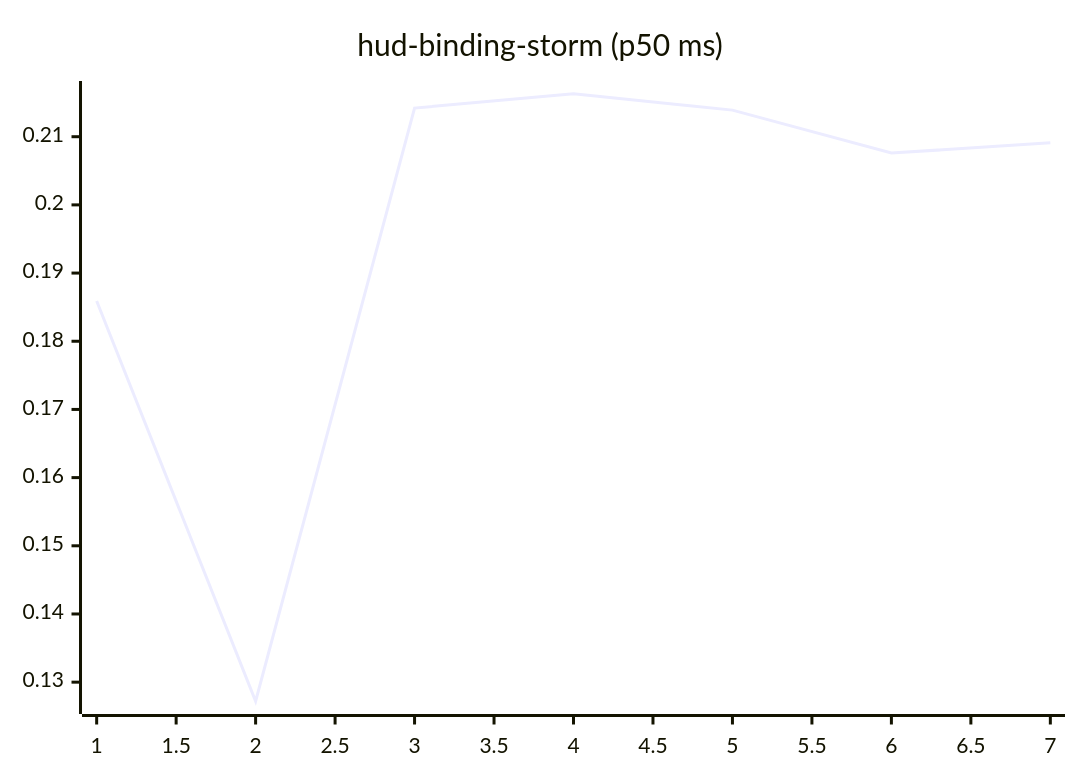
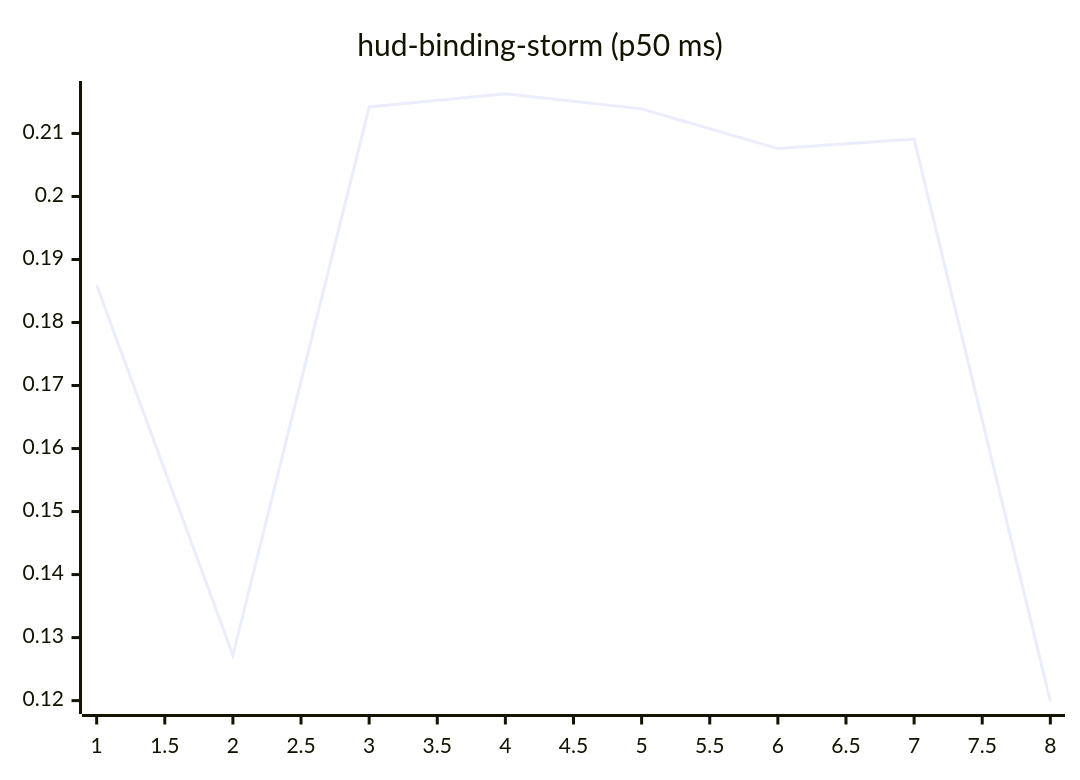
One commit to josha/Facet changed the tenth of 27 diagrams in README.md. Above: the diagram before and after it, drawn with Mermaid. The commit also changed other lines of this file and 2 other files, not shown here.

````diff
--- a/README.md
+++ b/README.md
@@ -126,6 +126,6 @@
 ```mermaid
 xychart-beta
     title "hud-binding-storm (p50 ms)"
-    x-axis 1 --> 7
-    line [0.1859, 0.1272, 0.2142, 0.2163, 0.2139, 0.2076, 0.2091]
+    x-axis 1 --> 8
+    line [0.1859, 0.1272, 0.2142, 0.2163, 0.2139, 0.2076, 0.2091, 0.1199]
 ```
````
